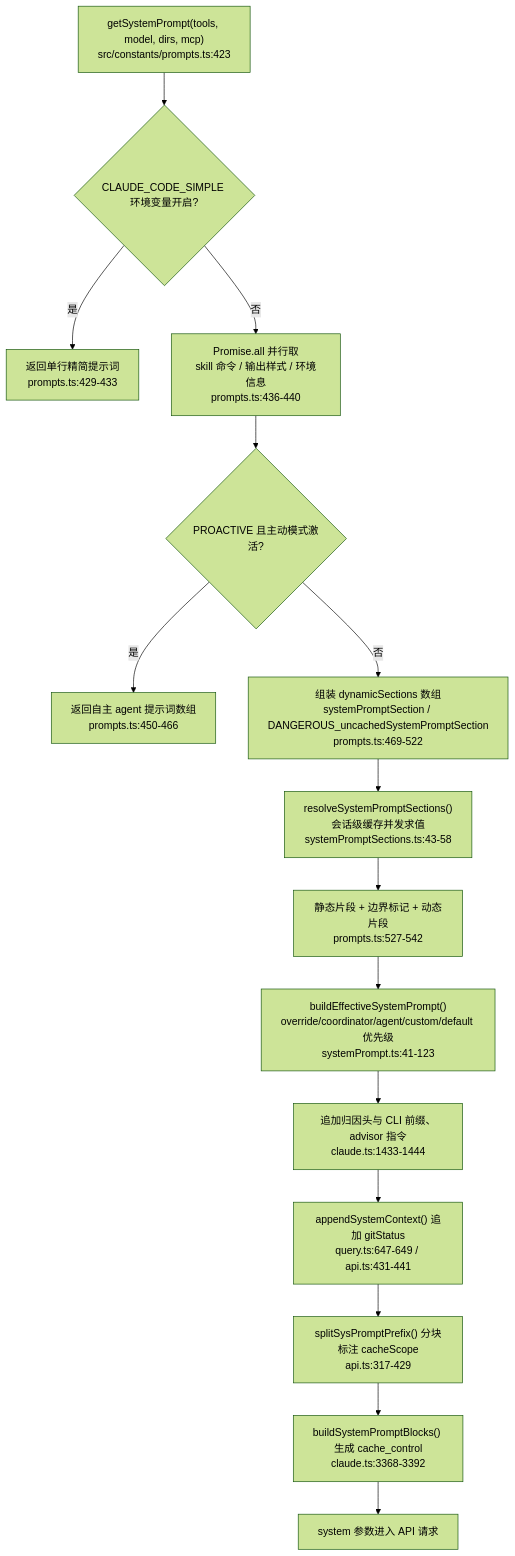
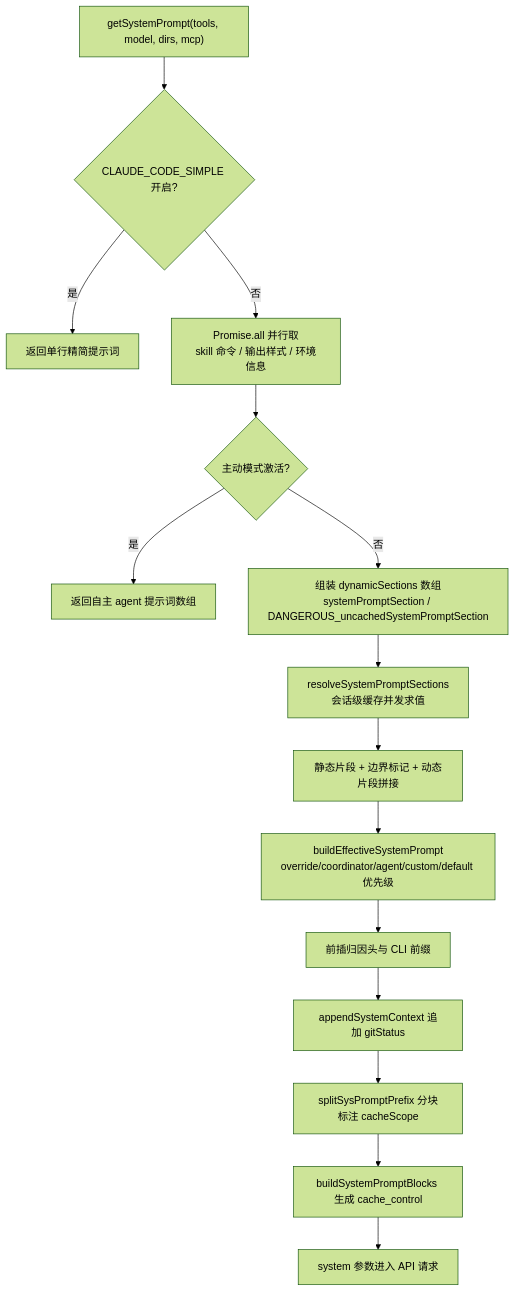
The second of 5 diagrams in agent/learn-cc/prompt.md (c926694/obsidian_note), drawn with Mermaid (forest theme) before and after one commit. The commit also changed other lines of this file and 6 other files, not shown here.

````diff
--- a/agent/learn-cc/prompt.md
+++ b/agent/learn-cc/prompt.md
@@ -218,17 +176,17 @@
 ```mermaid
 flowchart TD
-    S1["getSystemPrompt(tools, model, dirs, mcp)<br/>src/constants/prompts.ts:423"] --> S2{"CLAUDE_CODE_SIMPLE 环境变量开启?"}
-    S2 -->|是| S3["返回单行精简提示词<br/>prompts.ts:429-433"]
-    S2 -->|否| S4["Promise.all 并行取<br/>skill 命令 / 输出样式 / 环境信息<br/>prompts.ts:436-440"]
-    S4 --> S5{"PROACTIVE 且主动模式激活?"}
-    S5 -->|是| S6["返回自主 agent 提示词数组<br/>prompts.ts:450-466"]
-    S5 -->|否| S7["组装 dynamicSections 数组<br/>systemPromptSection / DANGEROUS_uncachedSystemPromptSection<br/>prompts.ts:469-522"]
-    S7 --> S8["resolveSystemPromptSections()<br/>会话级缓存并发求值<br/>systemPromptSections.ts:43-58"]
-    S8 --> S9["静态片段 + 边界标记 + 动态片段<br/>prompts.ts:527-542"]
-    S9 --> S10["buildEffectiveSystemPrompt()<br/>override/coordinator/agent/custom/default 优先级<br/>systemPrompt.ts:41-123"]
-    S10 --> S11["追加归因头与 CLI 前缀、advisor 指令<br/>claude.ts:1433-1444"]
-    S11 --> S12["appendSystemContext() 追加 gitStatus<br/>query.ts:647-649 / api.ts:431-441"]
-    S12 --> S13["splitSysPromptPrefix() 分块标注 cacheScope<br/>api.ts:317-429"]
-    S13 --> S14["buildSystemPromptBlocks() 生成 cache_control<br/>claude.ts:3368-3392"]
+    S1["getSystemPrompt(tools, model, dirs, mcp)"] --> S2{"CLAUDE_CODE_SIMPLE 开启?"}
+    S2 -->|是| S3["返回单行精简提示词"]
+    S2 -->|否| S4["Promise.all 并行取<br/>skill 命令 / 输出样式 / 环境信息"]
+    S4 --> S5{"主动模式激活?"}
+    S5 -->|是| S6["返回自主 agent 提示词数组"]
+    S5 -->|否| S7["组装 dynamicSections 数组<br/>systemPromptSection / DANGEROUS_uncachedSystemPromptSection"]
+    S7 --> S8["resolveSystemPromptSections<br/>会话级缓存并发求值"]
+    S8 --> S9["静态片段 + 边界标记 + 动态片段拼接"]
+    S9 --> S10["buildEffectiveSystemPrompt<br/>override/coordinator/agent/custom/default 优先级"]
+    S10 --> S11["前插归因头与 CLI 前缀"]
+    S11 --> S12["appendSystemContext 追加 gitStatus"]
+    S12 --> S13["splitSysPromptPrefix 分块标注 cacheScope"]
+    S13 --> S14["buildSystemPromptBlocks 生成 cache_control"]
     S14 --> S15["system 参数进入 API 请求"]
 ```
````
